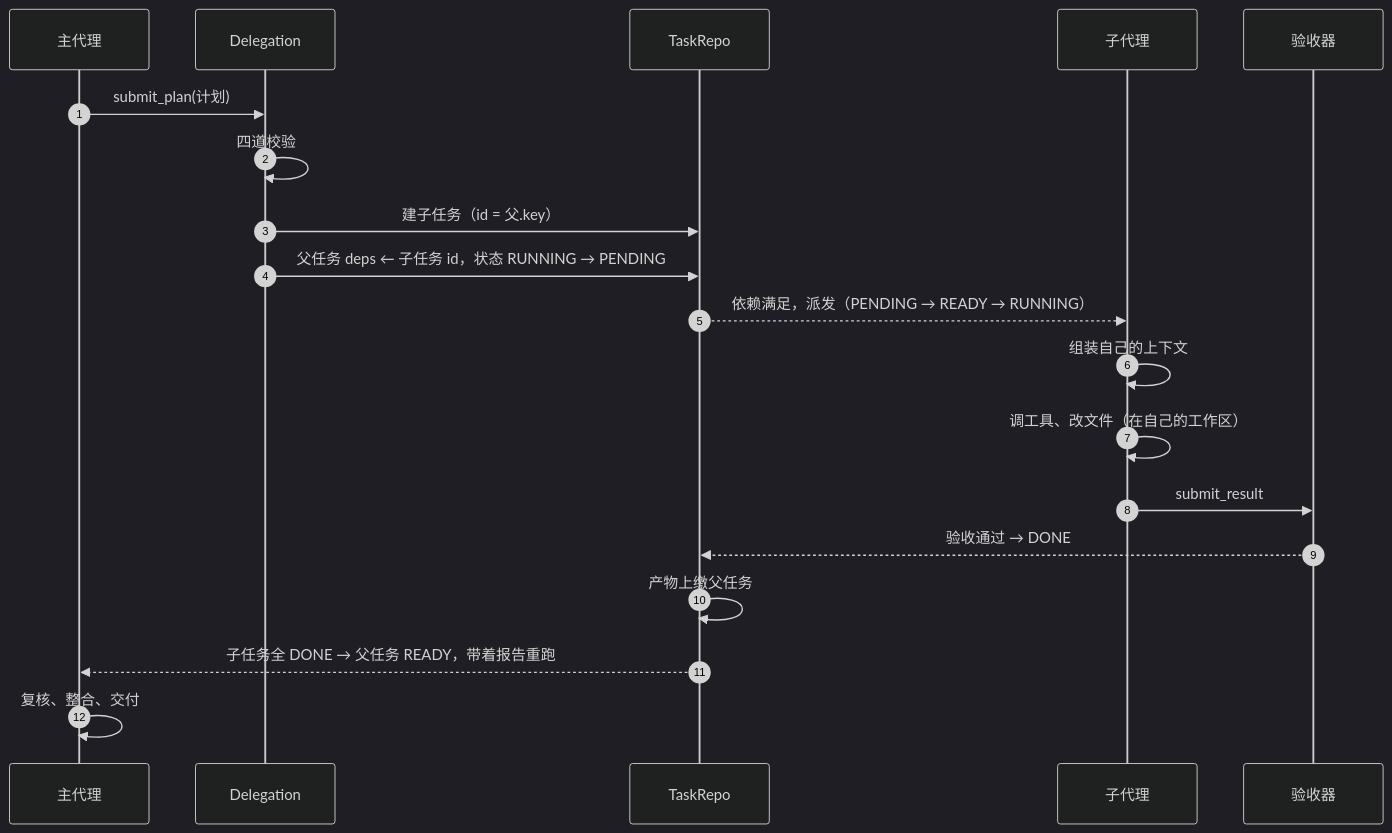
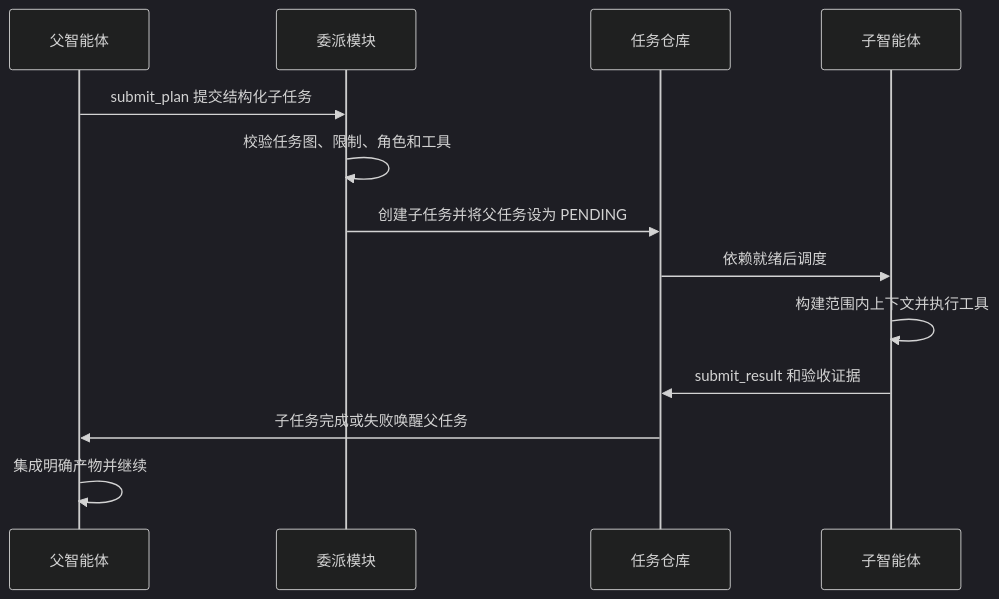
One commit to Greensheep04/moumou-Agent changed the diagram in docs/SUBAGENTS.md. Above: the diagram before and after it, drawn with Mermaid (dark theme). The commit also changed other lines of this file and 52 other files, not shown here.

````diff
--- a/docs/SUBAGENTS.md
+++ b/docs/SUBAGENTS.md
@@ -14,22 +9,15 @@
 ```mermaid
 sequenceDiagram
-    autonumber
-    participant L as 主代理
-    participant D as Delegation
-    participant R as TaskRepo
-    participant W as 子代理
-    participant A as 验收器
-
-    L->>D: submit_plan(计划)
-    D->>D: 四道校验
-    D->>R: 建子任务（id = 父.key）
-    D->>R: 父任务 deps ← 子任务 id，状态 RUNNING → PENDING
-    R-->>W: 依赖满足，派发（PENDING → READY → RUNNING）
-    W->>W: 组装自己的上下文
-    W->>W: 调工具、改文件（在自己的工作区）
-    W->>A: submit_result
-    A-->>R: 验收通过 → DONE
-    R->>R: 产物上缴父任务
-    R-->>L: 子任务全 DONE → 父任务 READY，带着报告重跑
-    L->>L: 复核、整合、交付
+    participant L as 父智能体
+    participant D as 委派模块
+    participant R as 任务仓库
+    participant W as 子智能体
+    L->>D: submit_plan 提交结构化子任务
+    D->>D: 校验任务图、限制、角色和工具
+    D->>R: 创建子任务并将父任务设为 PENDING
+    R->>W: 依赖就绪后调度
+    W->>W: 构建范围内上下文并执行工具
+    W->>R: submit_result 和验收证据
+    R->>L: 子任务完成或失败唤醒父任务
+    L->>L: 集成明确产物并继续
 ```
````
